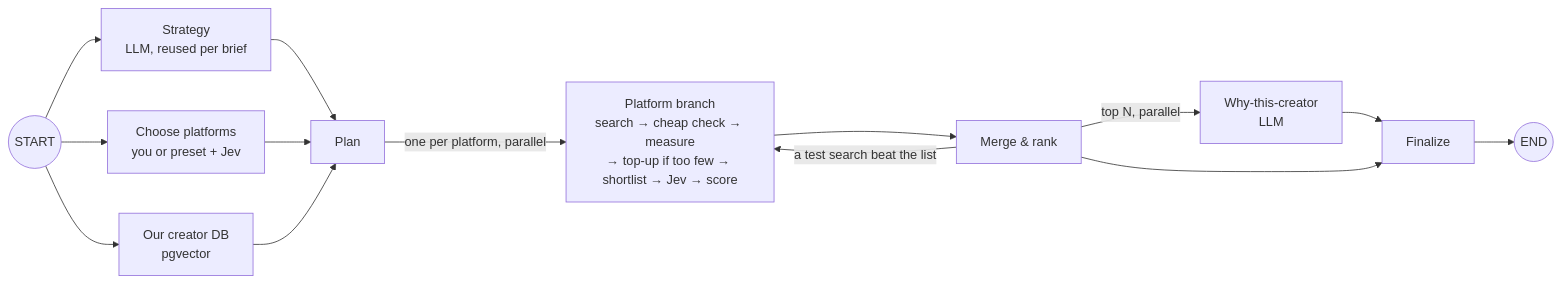
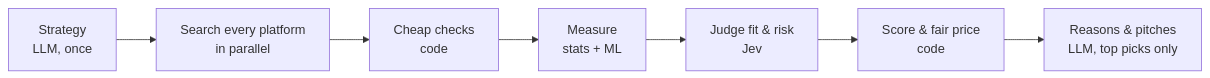
One commit to Srijan76-code/ReachAi-InfluencerMarketing changed the second of 2 diagrams in README.md. Above: the diagram before and after it, drawn with Mermaid. The commit also changed other lines of this file and 9 other files, not shown here.

````diff
--- a/README.md
+++ b/README.md
@@ -202,16 +85,4 @@
 ```mermaid
 graph LR
-    START((START)) --> S[Strategy<br/>LLM, reused per brief]
-    START --> P[Choose platforms<br/>you or preset + Jev]
-    START --> D[Our creator DB<br/>pgvector]
-    S --> PL[Plan]
-    P --> PL
-    D --> PL
-    PL -->|one per platform, parallel| B[Platform branch<br/>search → cheap check → measure<br/>→ top-up if too few → shortlist → Jev → score]
-    B --> M[Merge & rank]
-    M -->|a test search beat the list| B
-    M -->|top N, parallel| R[Why-this-creator<br/>LLM]
-    R --> F[Finalize]
-    M --> F
-    F --> END((END))
+  S[Strategy<br/>LLM, once] --> P[Search every platform<br/>in parallel] --> C[Cheap checks<br/>code] --> M[Measure<br/>stats + ML] --> J[Judge fit & risk<br/>Jev] --> R[Score & fair price<br/>code] --> W[Reasons & pitches<br/>LLM, top picks only]
 ```
````
